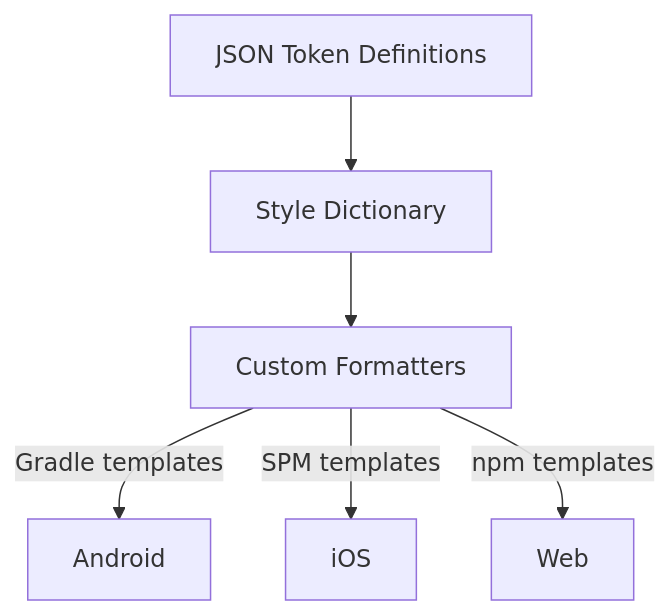
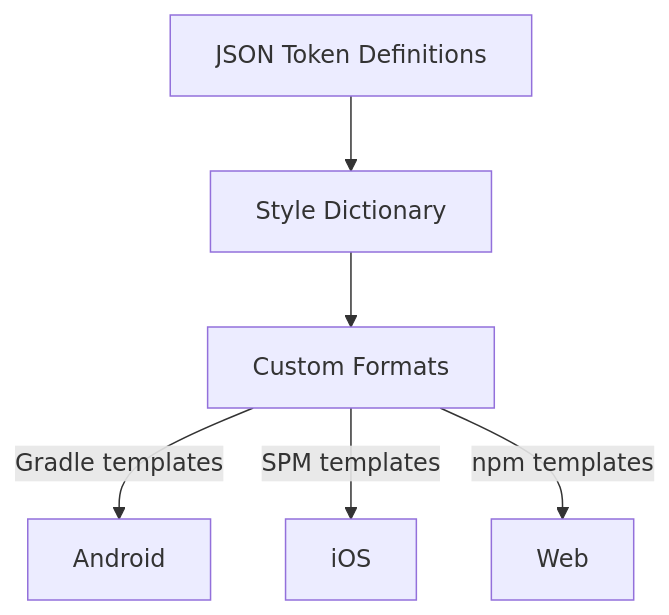
Before and after one commit to jaidensiu/nucleus: the diagram in README.md, drawn with Mermaid.

Commit message:
docs: update transformatn pipeline diagram

````diff
--- a/README.md
+++ b/README.md
@@ -13,8 +13,8 @@
 ```mermaid
 graph TD
     A[JSON Token Definitions] --> B[Style Dictionary]
-    B --> C[Custom Formatters]
+    B --> C[Custom Formats]
     C -->|Gradle templates| D[Android]
     C -->|SPM templates| E[iOS]
     C -->|npm templates| F[Web]
 ```
````
